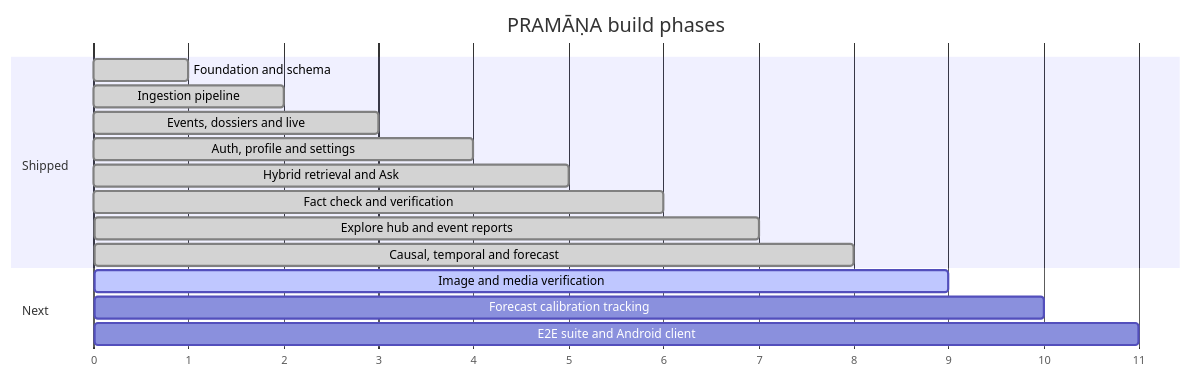
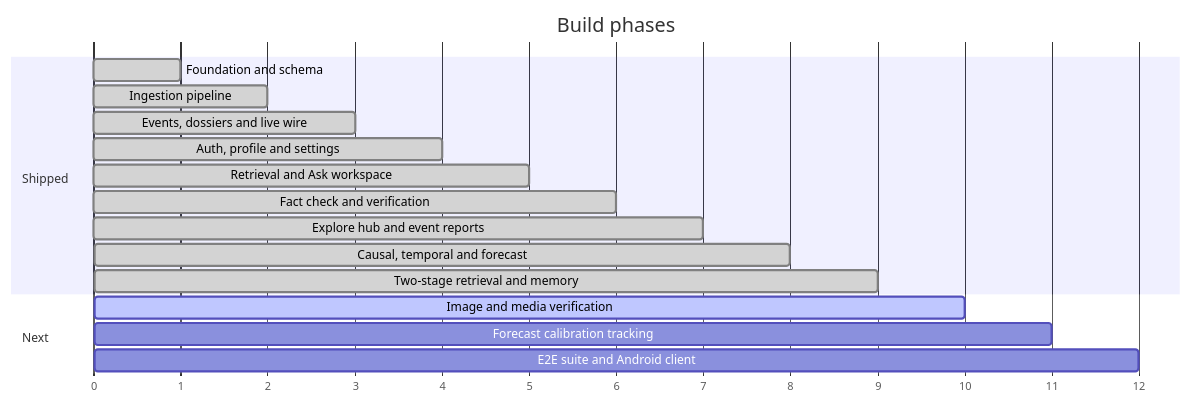
The seventh of 7 diagrams in README.md (xeevees-lab/pramana), drawn with Mermaid before and after one commit. The commit also changed other lines of this file, not shown here.

````diff
--- a/README.md
+++ b/README.md
@@ -523,19 +639,20 @@
 ```mermaid
 gantt
-    title PRAMĀṆA build phases
+    title Build phases
     dateFormat X
     axisFormat %s
     section Shipped
-    Foundation and schema           :done, p1, 0, 1
-    Ingestion pipeline              :done, p2, 1, 2
-    Events, dossiers and live       :done, p3, 2, 3
-    Auth, profile and settings      :done, p4, 3, 4
-    Hybrid retrieval and Ask        :done, p5, 4, 5
-    Fact check and verification     :done, p6, 5, 6
-    Explore hub and event reports   :done, p7, 6, 7
-    Causal, temporal and forecast   :done, p8, 7, 8
+    Foundation and schema            :done, p1, 0, 1
+    Ingestion pipeline               :done, p2, 1, 2
+    Events, dossiers and live wire   :done, p3, 2, 3
+    Auth, profile and settings       :done, p4, 3, 4
+    Retrieval and Ask workspace      :done, p5, 4, 5
+    Fact check and verification      :done, p6, 5, 6
+    Explore hub and event reports    :done, p7, 6, 7
+    Causal, temporal and forecast    :done, p8, 7, 8
+    Two-stage retrieval and memory   :done, p9, 8, 9
     section Next
-    Image and media verification    :active, p9, 8, 9
-    Forecast calibration tracking   :p10, 9, 10
-    E2E suite and Android client    :p11, 10, 11
+    Image and media verification     :active, p10, 9, 10
+    Forecast calibration tracking    :p11, 10, 11
+    E2E suite and Android client     :p12, 11, 12
 ```
````
